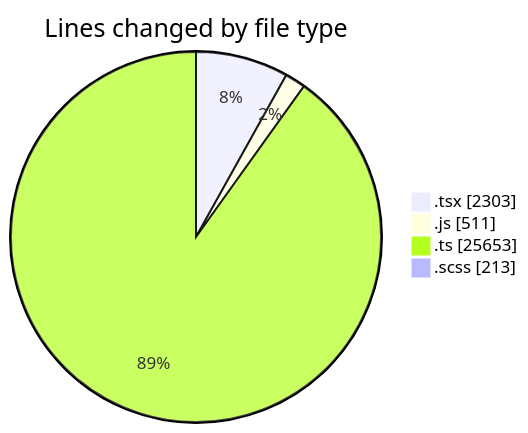
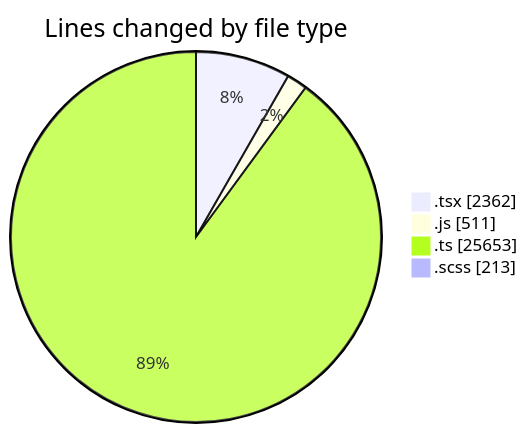
One commit to momahboobian/code-tracking changed the first of 2 diagrams in 2025-06-30/cda/README.md. Above: the diagram before and after it, drawn with Mermaid. The commit also changed other lines of this file and 1 other file, not shown here.

````diff
--- a/2025-06-30/cda/README.md
+++ b/2025-06-30/cda/README.md
@@ -41,8 +41,8 @@
 ```mermaid
 pie showData
 title Lines changed by file type
-".tsx" : 2303
+".tsx" : 2362
 ".js" : 511
 ".ts" : 25653
 ".scss" : 213
 ```
````
